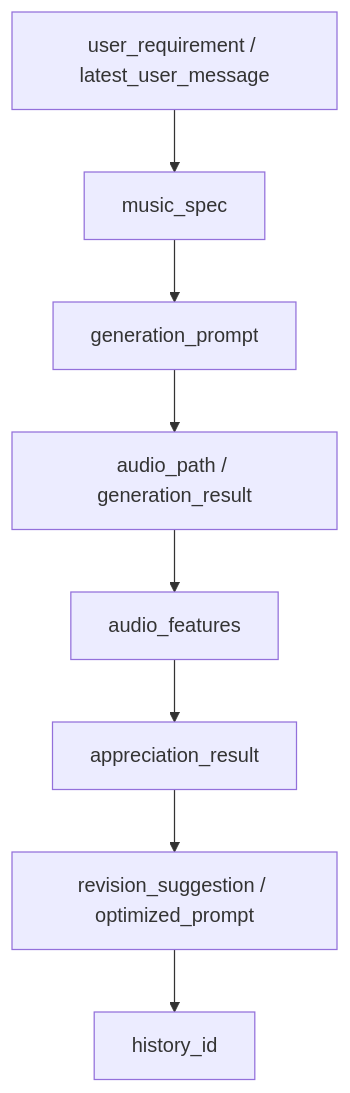
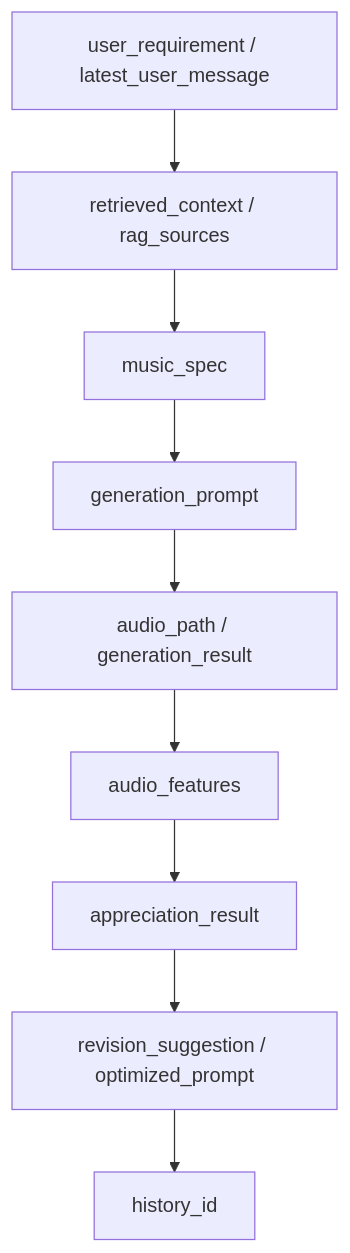
The fourth of 4 diagrams in docs/CS599_大作业报告.md (yangbiubiu4225-code/cs599-project), drawn with Mermaid before and after one commit. The commit also changed other lines of this file and 12 other files, not shown here.

Commit message:
enhance music rag workflow

````diff
--- a/docs/CS599_大作业报告.md
+++ b/docs/CS599_大作业报告.md
@@ -344,10 +378,11 @@
 ```mermaid
 flowchart TB
-    A["user_requirement / latest_user_message"] --> B["music_spec"]
-    B --> C["generation_prompt"]
-    C --> D["audio_path / generation_result"]
-    D --> E["audio_features"]
-    E --> F["appreciation_result"]
-    F --> G["revision_suggestion / optimized_prompt"]
-    G --> H["history_id"]
+    A["user_requirement / latest_user_message"] --> B["retrieved_context / rag_sources"]
+    B --> C["music_spec"]
+    C --> D["generation_prompt"]
+    D --> E["audio_path / generation_result"]
+    E --> F["audio_features"]
+    F --> G["appreciation_result"]
+    G --> H["revision_suggestion / optimized_prompt"]
+    H --> I["history_id"]
 ```
````
